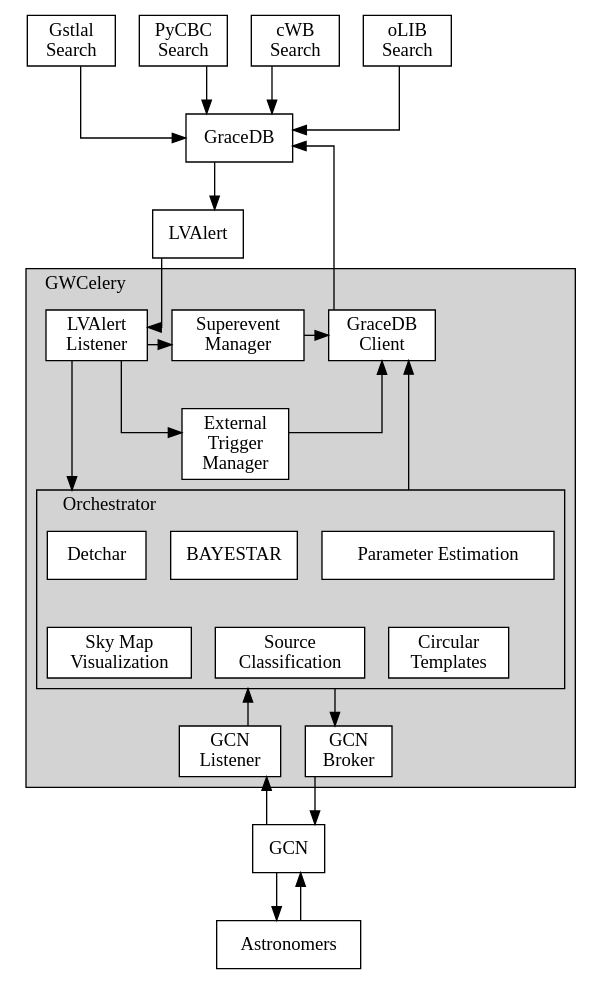
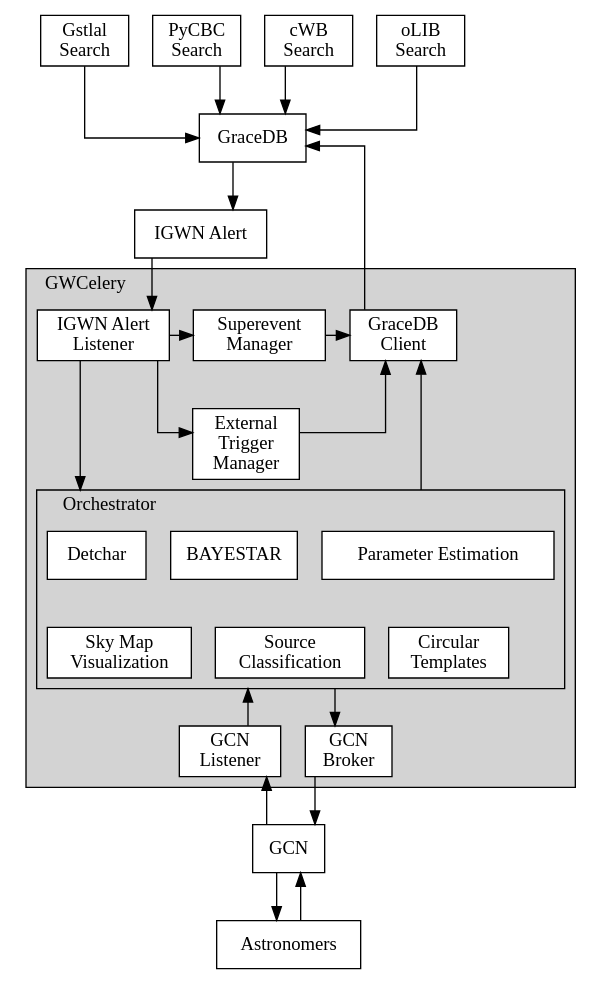
One commit to lpsinger/gwcelery changed the diagram in doc/design.rst. Above: the diagram before and after it, drawn with Graphviz. The commit also changed other lines of this file and 53 other files, not shown here.

Commit message:
port over to igwn_alert client

```diff
--- a/doc/design.rst
+++ b/doc/design.rst
@@ -60,8 +60,8 @@
         label = "GraceDB"
     ]
 
-    lvalert [
-        label = "LVAlert"
+    igwn_alert [
+        label = "IGWN Alert"
     ]
 
     {
@@ -90,9 +90,9 @@
         {
             rank = same
 
-            lvalert_listener [
-                href = "../gwcelery.tasks.lvalert.html"
-                label = "LVAlert\nListener"
+            igwn_alert_listener [
+                href = "../gwcelery.tasks.igwn_alert.html"
+                label = "IGWN Alert\nListener"
             ]
 
             superevent_manager [
@@ -185,13 +185,13 @@
     cwb -> gracedb
     olib -> gracedb
 
-    gracedb -> lvalert
-    lvalert -> lvalert_listener
+    gracedb -> igwn_alert
+    igwn_alert -> igwn_alert_listener
     gracedb -> gracedb_client [dir=back]
 
-    lvalert_listener -> superevent_manager
-    lvalert_listener -> detchar [lhead=cluster_orchestrator]
-    lvalert_listener -> raven
+    igwn_alert_listener -> superevent_manager
+    igwn_alert_listener -> detchar [lhead=cluster_orchestrator]
+    igwn_alert_listener -> raven
 
     superevent_manager -> gracedb_client
     inference -> gracedb_client [ltail=cluster_orchestrator]
```
